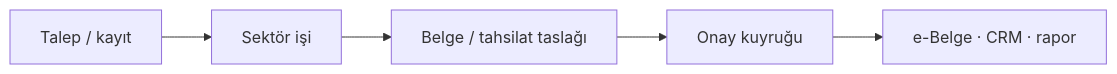
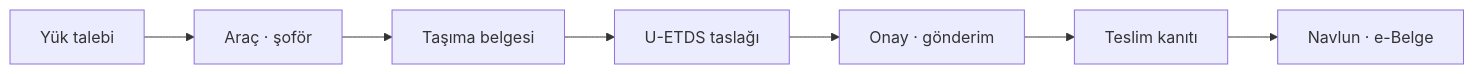
Before and after one commit to sametkarabulut-dev/xfuturepos-v2: the first of 2 diagrams in 01 Sektörler/12 Lojistik & Taşımacılık.md, drawn with Mermaid. The commit also changed other lines of this file and 5 other files, not shown here.

````diff
--- a/01 Sektörler/12 Lojistik & Taşımacılık.md
+++ b/01 Sektörler/12 Lojistik & Taşımacılık.md
@@ -55,7 +56,9 @@
 ```mermaid
 flowchart LR
-  A["Talep / kayıt"] --> B["Sektör işi"]
-  B --> C["Belge / tahsilat taslağı"]
-  C --> D["Onay kuyruğu"]
-  D --> E["e-Belge · CRM · rapor"]
+  A["Yük talebi"] --> B["Araç · şoför"]
+  B --> C["Taşıma belgesi"]
+  C --> D["U-ETDS taslağı"]
+  D --> E["Onay · gönderim"]
+  E --> F["Teslim kanıtı"]
+  F --> G["Navlun · e-Belge"]
 ```
````
